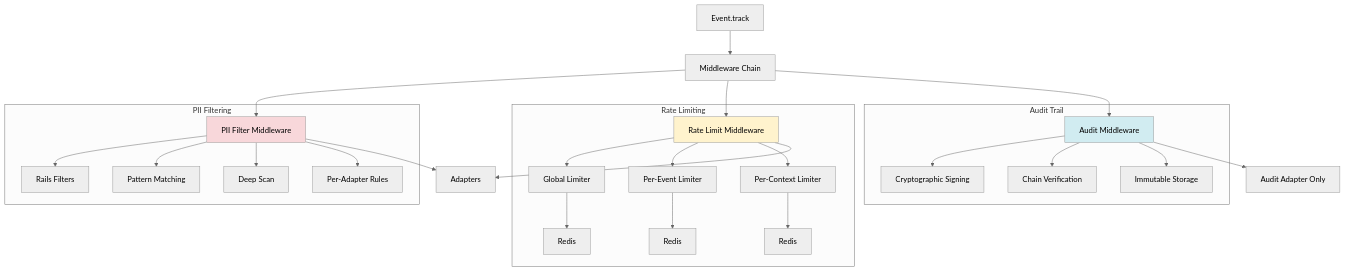
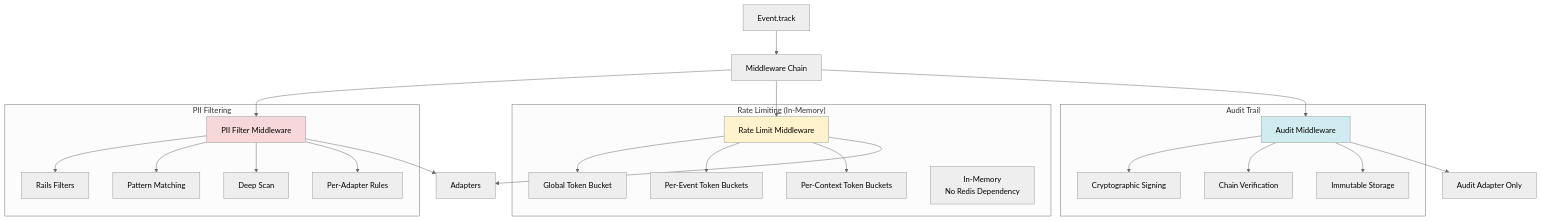
One commit to arturseletskiy/e11y changed the second of 6 diagrams in docs/ADR-006-security-compliance.md. Above: the diagram before and after it, drawn with Mermaid (neutral theme). The commit also changed other lines of this file and 515 other files, not shown here.

````diff
--- a/docs/ADR-006-security-compliance.md
+++ b/docs/ADR-006-security-compliance.md
@@ -139,39 +137,37 @@
 ```mermaid
 graph TB
     Event[Event.track] --> Pipeline[Middleware Chain]
     
     Pipeline --> PII[PII Filter Middleware]
     Pipeline --> Rate[Rate Limit Middleware]
     Pipeline --> Audit[Audit Middleware]
     
     subgraph "PII Filtering"
         PII --> Rails[Rails Filters]
         PII --> Pattern[Pattern Matching]
         PII --> Deep[Deep Scan]
         PII --> PerAdapter[Per-Adapter Rules]
     end
     
-    subgraph "Rate Limiting"
-        Rate --> Global[Global Limiter]
-        Rate --> PerEvent[Per-Event Limiter]
-        Rate --> PerContext[Per-Context Limiter]
+    subgraph "Rate Limiting (In-Memory)"
+        Rate --> Global[Global Token Bucket]
+        Rate --> PerEvent[Per-Event Token Buckets]
+        Rate --> PerContext[Per-Context Token Buckets]
         
-        Global --> Redis1[Redis]
-        PerEvent --> Redis2[Redis]
-        PerContext --> Redis3[Redis]
+        Note1[In-Memory<br/>No Redis Dependency]
     end
     
     subgraph "Audit Trail"
         Audit --> Sign[Cryptographic Signing]
         Audit --> Chain[Chain Verification]
         Audit --> Store[Immutable Storage]
     end
     
     PII --> Adapters[Adapters]
     Rate --> Adapters
     Audit --> AuditAdapter[Audit Adapter Only]
     
     style PII fill:#f8d7da
     style Rate fill:#fff3cd
     style Audit fill:#d1ecf1
 ```
````
